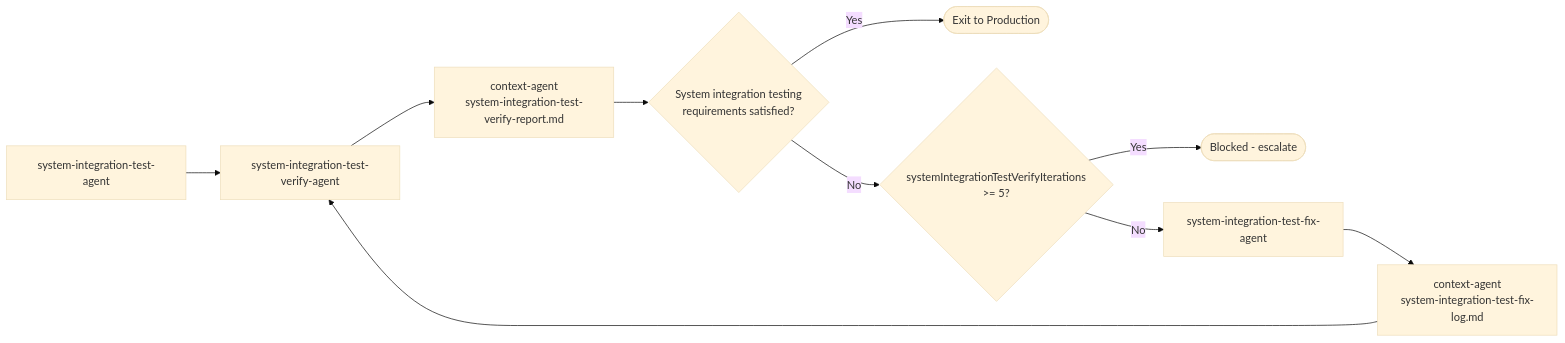
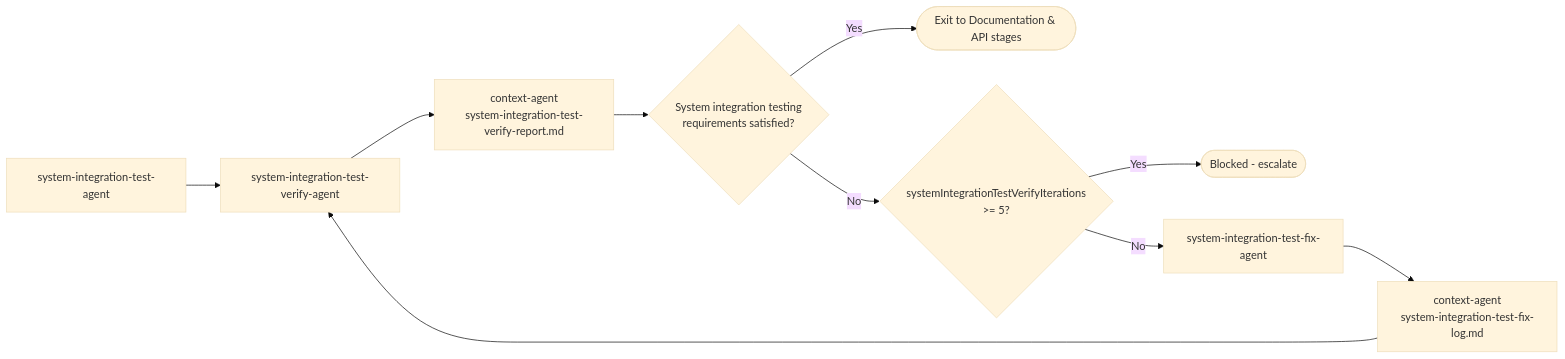
Before and after one commit to priyam-qo-box/agents: the ninth of 15 diagrams in .cursor/agents/ARCHITECTURE.md, drawn with Mermaid (base theme). The commit also changed other lines of this file and 21 other files, not shown here.

First line of the commit message:
Enhance documentation and introduce new API agents for comprehensive testing

````diff
--- a/.cursor/agents/ARCHITECTURE.md
+++ b/.cursor/agents/ARCHITECTURE.md
@@ -360,12 +415,12 @@
 ```mermaid
 flowchart LR
     G[system-integration-test-agent] --> A[system-integration-test-verify-agent]
     A --> B["context-agent<br/>system-integration-test-verify-report.md"]
     B --> C{"System integration testing<br/>requirements satisfied?"}
-    C -->|Yes| Exit([Exit to Production])
+    C -->|Yes| Exit([Exit to Documentation & API stages])
     C -->|No| D{systemIntegrationTestVerifyIterations<br/>>= 5?}
     D -->|Yes| Stop([Blocked - escalate])
     D -->|No| E[system-integration-test-fix-agent]
     E --> F["context-agent<br/>system-integration-test-fix-log.md"]
     F --> A
 ```
````
